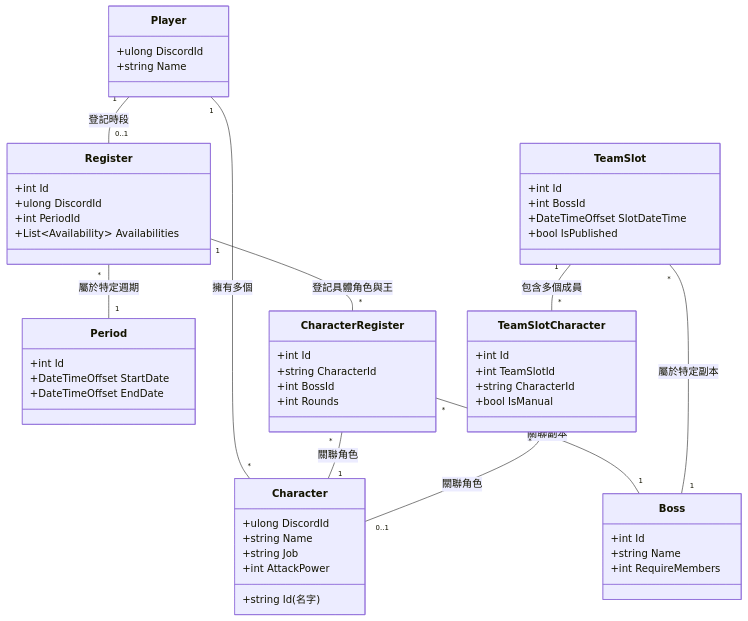
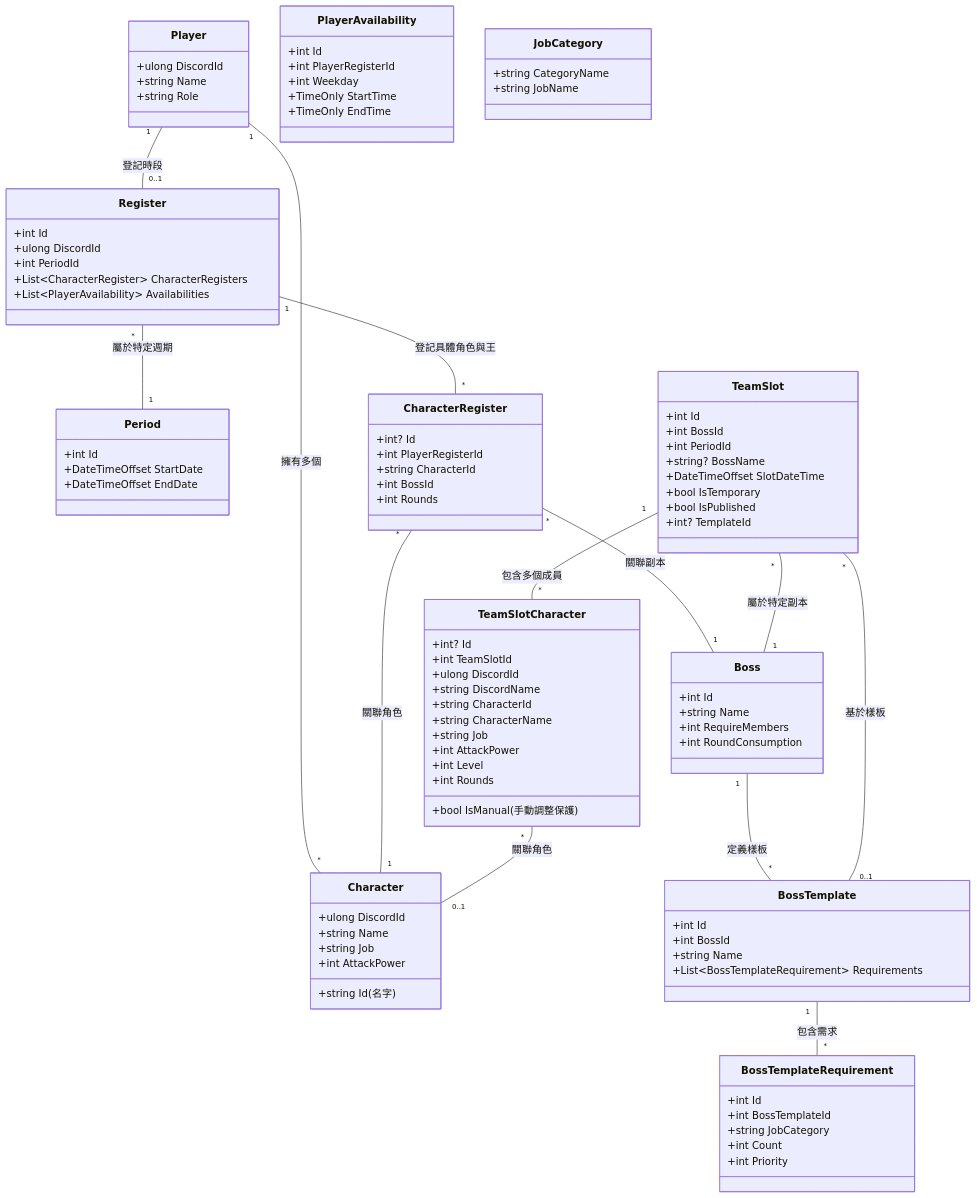
One commit to MinMiss5678/MapleStoryRaidScheduler changed the second of 3 diagrams in docs/architecture.md. Above: the diagram before and after it, drawn with Mermaid. The commit also changed other lines of this file and 1 other file, not shown here.

Commit message:
更新domin ERD 更新認證流程，Boss範本，補位系統，通知系統

````diff
--- a/docs/architecture.md
+++ b/docs/architecture.md
@@ -39,6 +39,7 @@
     class Player {
         +ulong DiscordId
         +string Name
+        +string Role
     }
     class Character {
         +string Id (名字)
@@ -51,6 +52,7 @@
         +int Id
         +string Name
         +int RequireMembers
+        +int RoundConsumption
     }
     class Period {
         +int Id
@@ -61,10 +63,12 @@
         +int Id
         +ulong DiscordId
         +int PeriodId
-        +List~Availability~ Availabilities
+        +List~CharacterRegister~ CharacterRegisters
+        +List~PlayerAvailability~ Availabilities
     }
     class CharacterRegister {
-        +int Id
+        +int? Id
+        +int PlayerRegisterId
         +string CharacterId
         +int BossId
         +int Rounds
@@ -72,14 +76,50 @@
     class TeamSlot {
         +int Id
         +int BossId
+        +int PeriodId
+        +string? BossName
         +DateTimeOffset SlotDateTime
+        +bool IsTemporary
         +bool IsPublished
+        +int? TemplateId
     }
     class TeamSlotCharacter {
+        +int? Id
+        +int TeamSlotId
+        +ulong DiscordId
+        +string DiscordName
+        +string CharacterId
+        +string CharacterName
+        +string Job
+        +int AttackPower
+        +int Level
+        +int Rounds
+        +bool IsManual (手動調整保護)
+    }
+
+    class PlayerAvailability {
         +int Id
-        +int TeamSlotId
-        +string CharacterId
-        +bool IsManual
+        +int PlayerRegisterId
+        +int Weekday
+        +TimeOnly StartTime
+        +TimeOnly EndTime
+    }
+    class BossTemplate {
+        +int Id
+        +int BossId
+        +string Name
+        +List~BossTemplateRequirement~ Requirements
+    }
+    class BossTemplateRequirement {
+        +int Id
+        +int BossTemplateId
+        +string JobCategory
+        +int Count
+        +int Priority
+    }
+    class JobCategory {
+        +string CategoryName
+        +string JobName
     }
 
     Player "1" -- "*" Character : 擁有多個
@@ -91,4 +131,7 @@
     TeamSlot "*" -- "1" Boss : 屬於特定副本
     TeamSlot "1" -- "*" TeamSlotCharacter : 包含多個成員
     TeamSlotCharacter "*" -- "0..1" Character : 關聯角色
+    Boss "1" -- "*" BossTemplate : 定義樣板
+    BossTemplate "1" -- "*" BossTemplateRequirement : 包含需求
+    TeamSlot "*" -- "0..1" BossTemplate : 基於樣板
 ```
````
